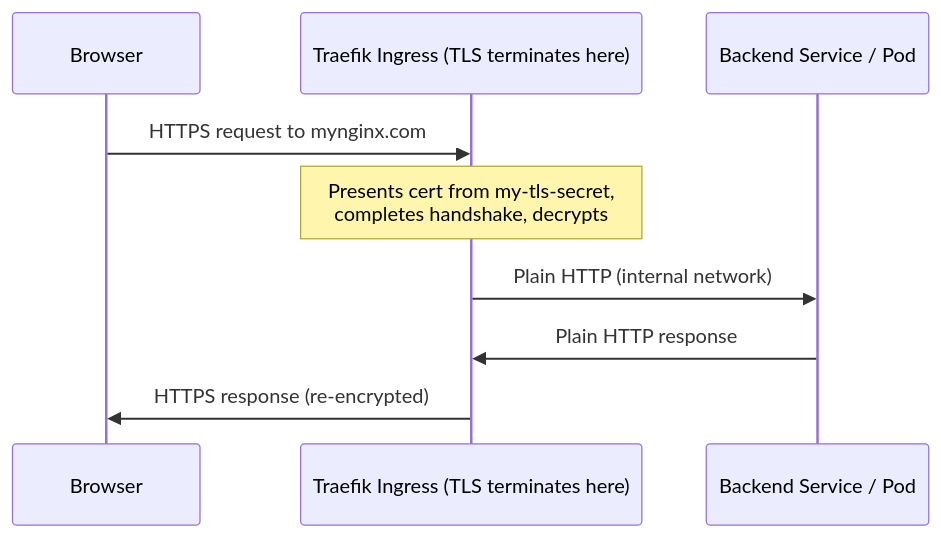
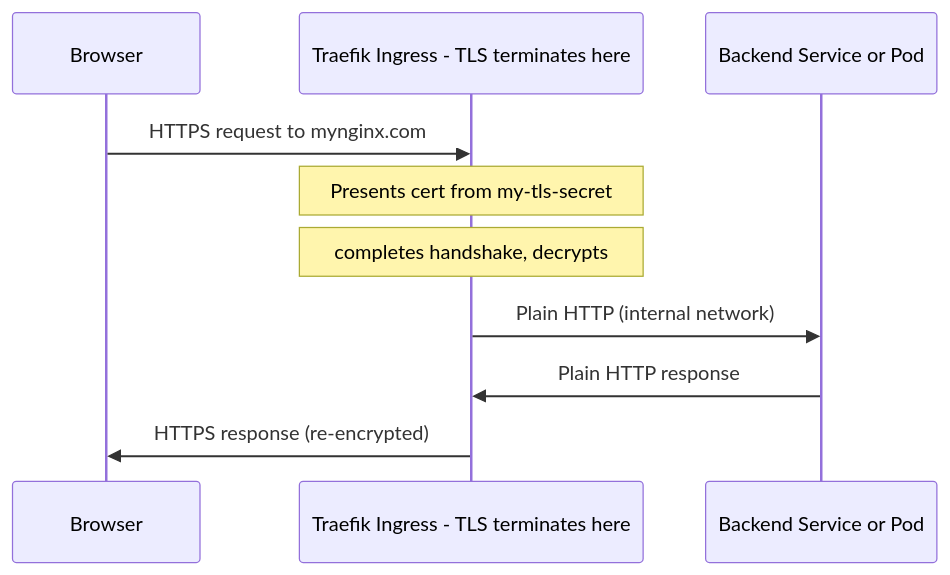
Before and after one commit to ShantayyaSwami/shantayyaswami-blog: the fifth of 9 diagrams in src/content/blog/tls-mastery-part-7-kubernetes-ingress-tls.md, drawn with Mermaid.

Commit message:
Fix sequenceDiagram: remove parens/slash from participant aliases, split Note
Mermaid sequenceDiagram parser breaks on parentheses and slash in
participant alias labels. Also split the two-line Note since br/ is
unreliable in sequence diagrams.

````diff
--- a/src/content/blog/tls-mastery-part-7-kubernetes-ingress-tls.md
+++ b/src/content/blog/tls-mastery-part-7-kubernetes-ingress-tls.md
@@ -198,12 +198,13 @@
 ```mermaid
 sequenceDiagram
     participant U as Browser
-    participant T as Traefik Ingress (TLS terminates here)
-    participant S as Backend Service / Pod
+    participant T as Traefik Ingress - TLS terminates here
+    participant S as Backend Service or Pod
 
     U->>T: HTTPS request to mynginx.com
-    Note over T: Presents cert from my-tls-secret,<br/>completes handshake, decrypts
+    Note over T: Presents cert from my-tls-secret
+    Note over T: completes handshake, decrypts
     T->>S: Plain HTTP (internal network)
     S->>T: Plain HTTP response
     T->>U: HTTPS response (re-encrypted)
 ```
````
